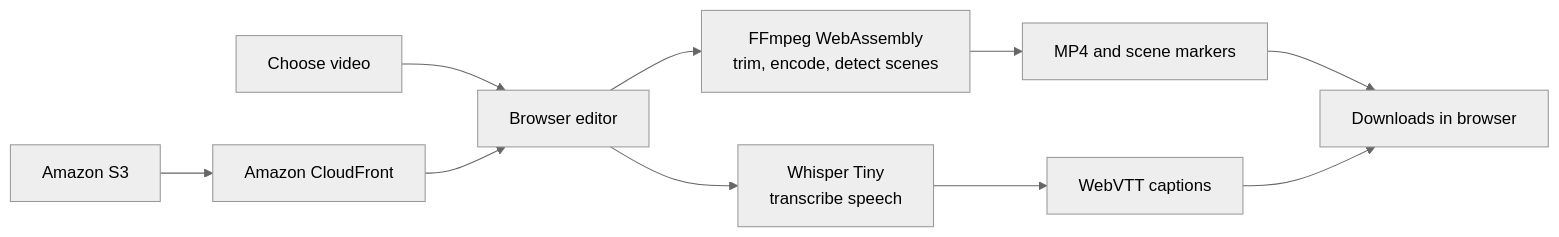
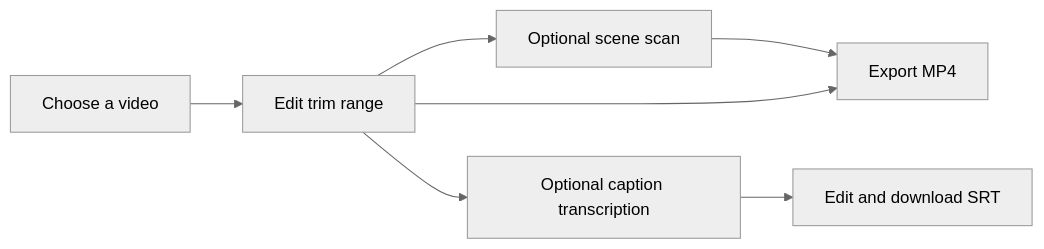
One commit to KrishTday/Cutmark changed the diagram in README.md. Above: the diagram before and after it, drawn with Mermaid (neutral theme). The commit also changed other lines of this file, not shown here.

Commit message:
Update README for current editor

````diff
--- a/README.md
+++ b/README.md
@@ -16,12 +34,9 @@
 ```mermaid
 flowchart LR
-    A[Choose video] --> B[Browser editor]
-    B --> C[FFmpeg WebAssembly<br/>trim, encode, detect scenes]
-    B --> D[Whisper Tiny<br/>transcribe speech]
-    C --> E[MP4 and scene markers]
-    D --> F[WebVTT captions]
-    E --> G[Downloads in browser]
-    F --> G
-    H[Amazon S3] --> I[Amazon CloudFront]
-    I --> B
+    A[Choose a video] --> B[Edit trim range]
+    B --> C[Optional scene scan]
+    B --> D[Optional caption transcription]
+    C --> E[Export MP4]
+    D --> F[Edit and download SRT]
+    B --> E
 ```
````
